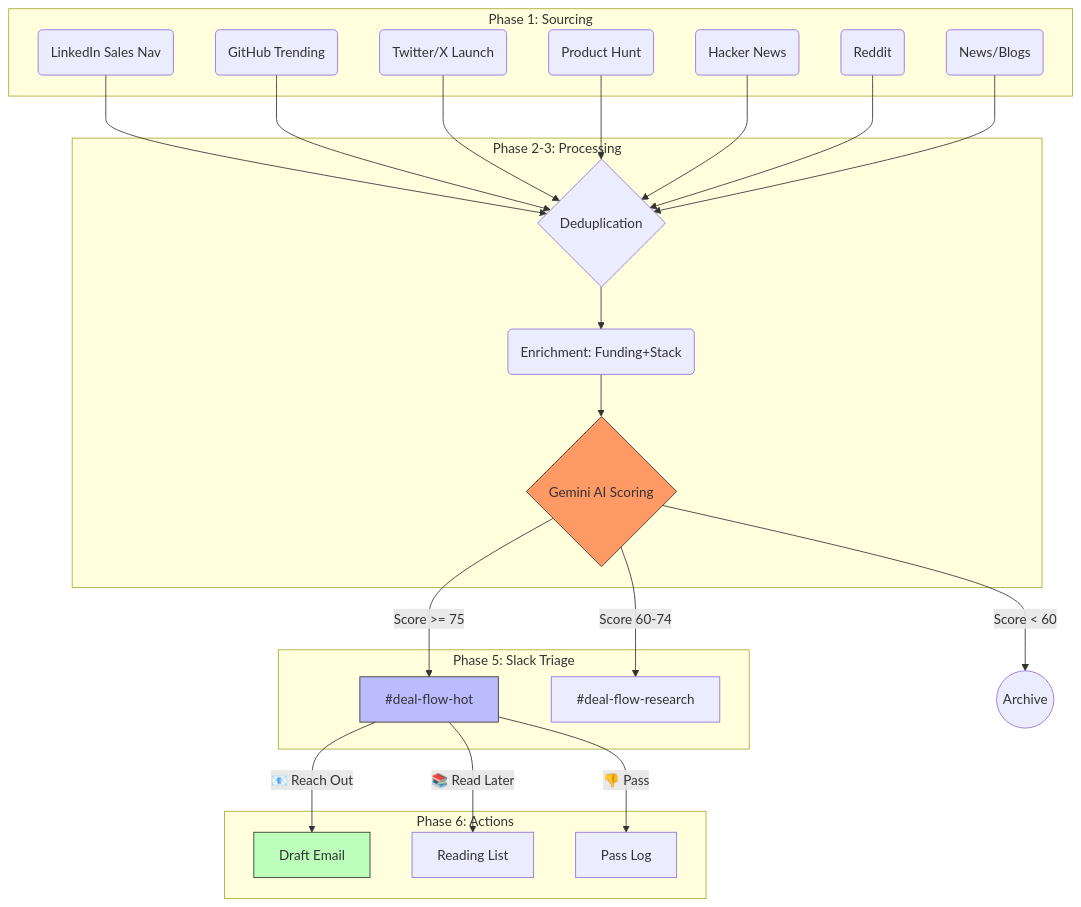
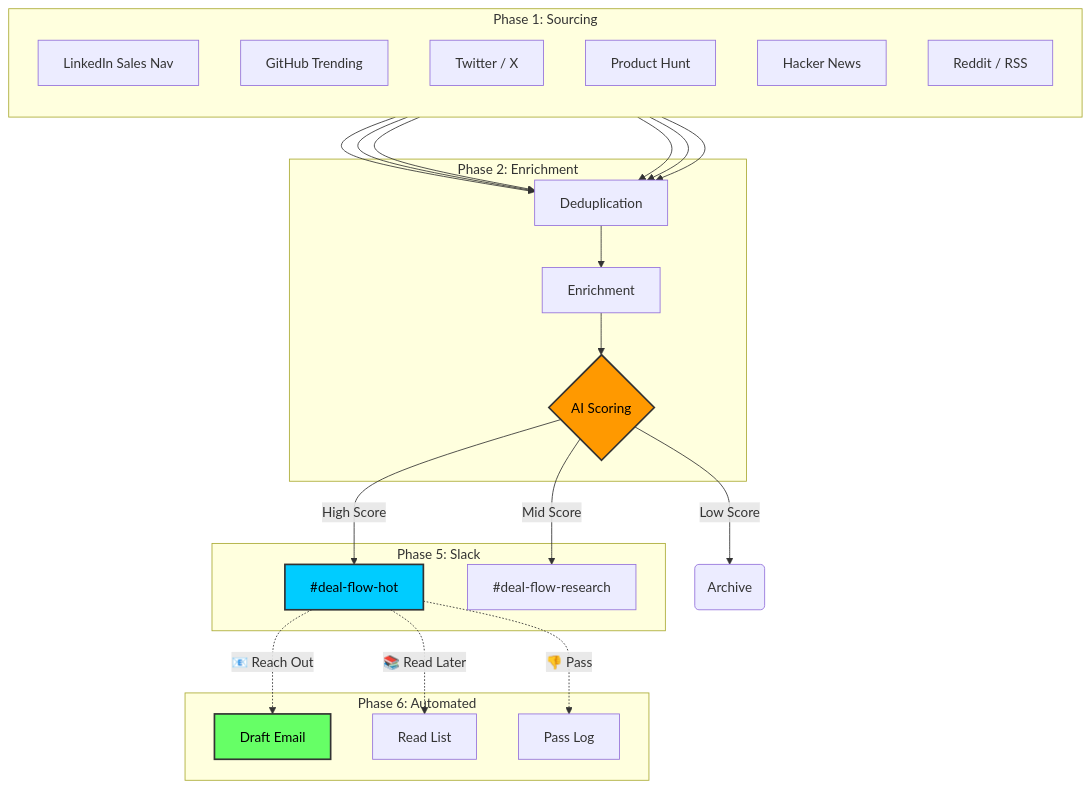
The diagram in README.md (tashasho/dealflow), drawn with Mermaid before and after one commit.

Commit message:
docs: optimize mermaid diagram for vertical readability

````diff
--- a/README.md
+++ b/README.md
@@ -29,48 +29,52 @@
 ```mermaid
 graph TD
-    subgraph Sources [Phase 1: Sourcing]
-        LIn(LinkedIn Sales Nav)
-        GH(GitHub Trending)
-        X(Twitter/X Launch)
-        PH(Product Hunt)
-        HN(Hacker News)
-        R(Reddit)
-        RSS(News/Blogs)
+    %% Phase 1: Sourcing
+    subgraph Sourcing [Phase 1: Sourcing]
+        direction TB
+        S1[LinkedIn Sales Nav]
+        S2[GitHub Trending]
+        S3[Twitter / X]
+        S4[Product Hunt]
+        S5[Hacker News]
+        S6[Reddit / RSS]
     end
 
-    subgraph Process [Phase 2-3: Processing]
-        Dedup{Deduplication}
-        Enrich(Enrichment: Funding+Stack)
-        Score{Gemini AI Scoring}
+    %% Phase 2: Processing
+    subgraph Processing [Phase 2: Enrichment]
+        D[Deduplication]
+        E[Enrichment]
+        S{AI Scoring}
     end
 
-    subgraph Slack [Phase 5: Slack Triage]
+    %% Phase 3: Triage
+    subgraph Triage [Phase 5: Slack]
         Hot[#deal-flow-hot]
-        Research[#deal-flow-research]
+        Res[#deal-flow-research]
     end
 
-    subgraph Ops [Phase 6: Actions]
-        Email[Draft Email]
-        List[Reading List]
-        Pass[Pass Log]
+    %% Phase 4: Actions
+    subgraph Actions [Phase 6: Automated]
+        Mail[Draft Email]
+        List[Read List]
+        Log[Pass Log]
     end
 
-    %% Flow
-    LIn & GH & X & PH & HN & R & RSS --> Dedup
-    Dedup --> Enrich
-    Enrich --> Score
+    %% Connections
+    S1 & S2 & S3 & S4 & S5 & S6 --> D
+    D --> E --> S
 
-    %% Logic
-    Score -->|Score < 60| Archive((Archive))
-    Score -->|Score 60-74| Research
-    Score -->|Score >= 75| Hot
+    %% Scoring Splits
+    S -->|Low Score| Arch(Archive)
+    S -->|Mid Score| Res
+    S -->|High Score| Hot
 
-    %% Actions
-    Hot -- "📧 Reach Out" --> Email
-    Hot -- "📚 Read Later" --> List
-    Hot -- "👎 Pass" --> Pass
+    %% Slack Buttons
+    Hot -.->|📧 Reach Out| Mail
+    Hot -.->|📚 Read Later| List
+    Hot -.->|👎 Pass| Log
 
-    style Score fill:#f96,stroke:#333
-    style Hot fill:#bbf,stroke:#333
-    style Email fill:#bfb,stroke:#333
+    %% Styling
+    style S fill:#ff9900,stroke:#333,stroke-width:2px,color:black
+    style Hot fill:#00ccff,stroke:#333,stroke-width:2px,color:black
+    style Mail fill:#66ff66,stroke:#333,stroke-width:2px,color:black
 ```
````
